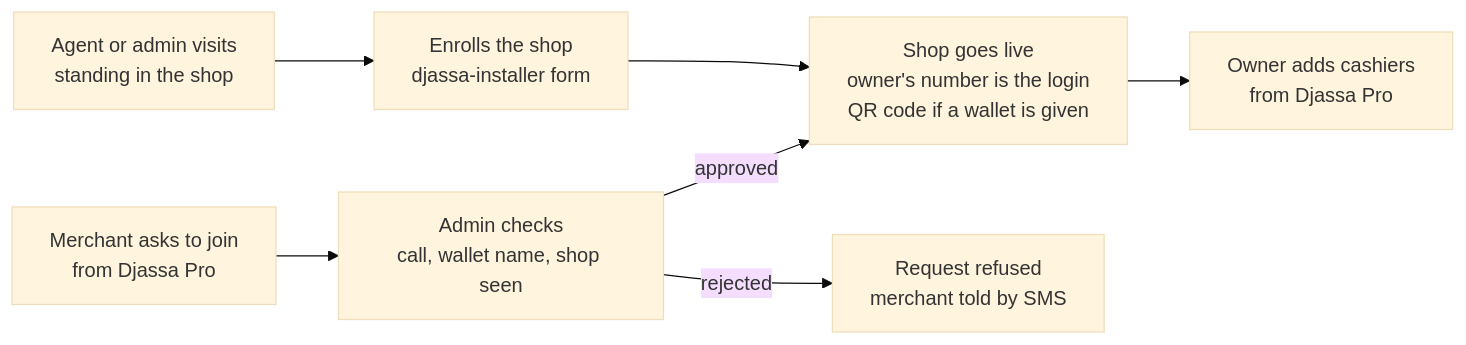
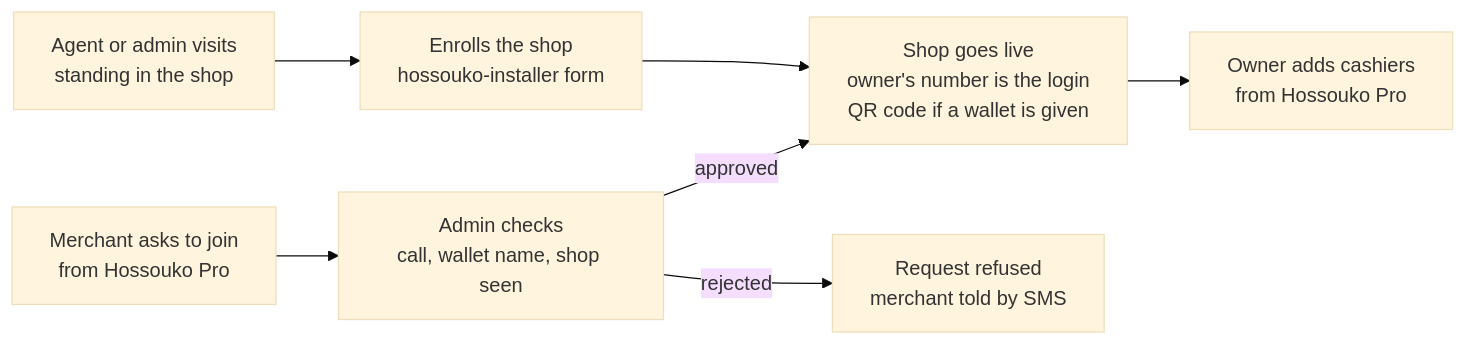
One commit to giss1408/djassa-BE changed the diagram in docs/technical/ENROLLMENT.md. Above: the diagram before and after it, drawn with Mermaid (base theme). The commit also changed other lines of this file and 138 other files, not shown here.

First line of the commit message:
Rename Djassa to Hossouko

````diff
--- a/docs/technical/ENROLLMENT.md
+++ b/docs/technical/ENROLLMENT.md
@@ -52,9 +52,9 @@
 ```mermaid
 flowchart LR
-  visit[Agent or admin visits<br/>standing in the shop] --> enrol[Enrolls the shop<br/>djassa-installer form]
-  ask[Merchant asks to join<br/>from Djassa Pro] --> checks[Admin checks<br/>call, wallet name, shop seen]
+  visit[Agent or admin visits<br/>standing in the shop] --> enrol[Enrolls the shop<br/>hossouko-installer form]
+  ask[Merchant asks to join<br/>from Hossouko Pro] --> checks[Admin checks<br/>call, wallet name, shop seen]
   enrol --> live[Shop goes live<br/>owner's number is the login<br/>QR code if a wallet is given]
   checks -- approved --> live
   checks -- rejected --> refused[Request refused<br/>merchant told by SMS]
-  live --> cashiers[Owner adds cashiers<br/>from Djassa Pro]
+  live --> cashiers[Owner adds cashiers<br/>from Hossouko Pro]
 ```
````
